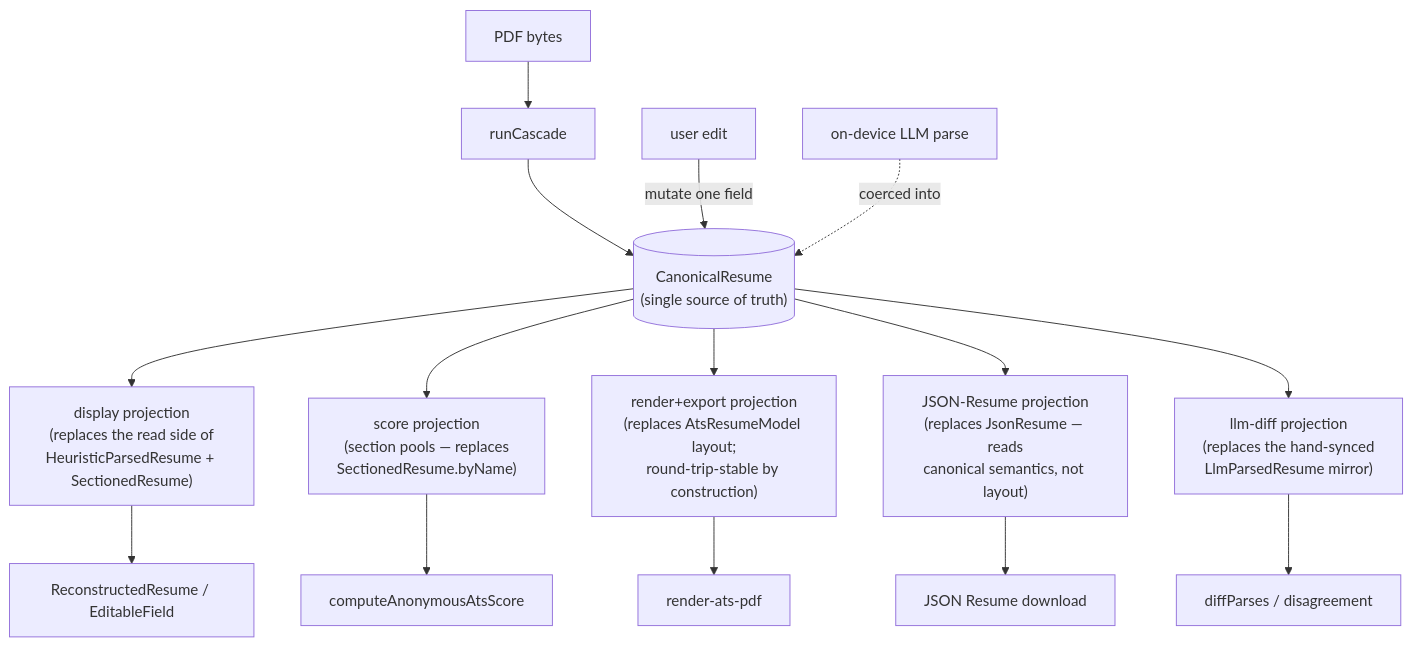
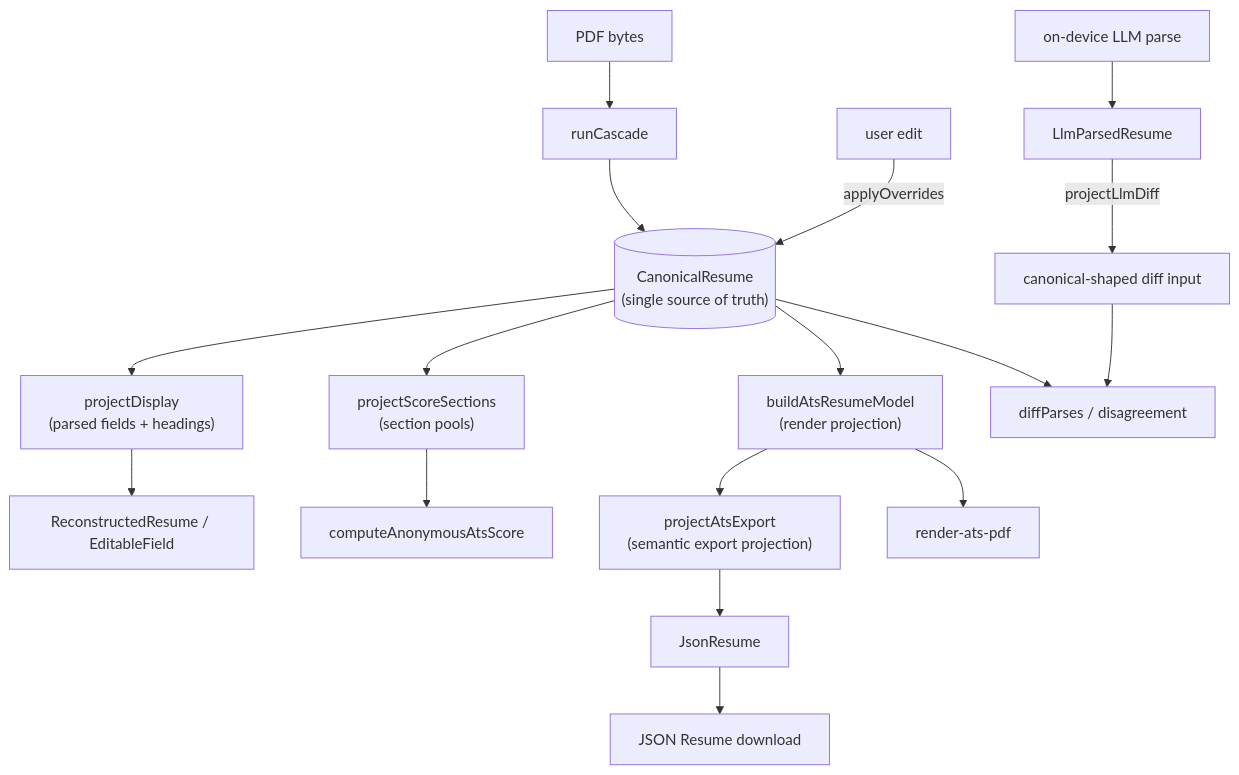
One commit to offlinecv/OfflineCV changed the diagram in docs/canonical-resume-model.md. Above: the diagram before and after it, drawn with Mermaid. The commit also changed other lines of this file and 76 other files, not shown here.

````diff
--- a/docs/canonical-resume-model.md
+++ b/docs/canonical-resume-model.md
@@ -66,19 +69,21 @@
 ```mermaid
 flowchart TD
     PDF[PDF bytes] --> CASC[runCascade]
     CASC --> CR[("CanonicalResume<br/>(single source of truth)")]
-    EDIT[user edit] -->|mutate one field| CR
-    LLM[on-device LLM parse] -.->|coerced into| CR
+    EDIT[user edit] -->|applyOverrides| CR
+    LLM[on-device LLM parse] --> LDTO[LlmParsedResume]
+    LDTO -->|projectLlmDiff| LCR[canonical-shaped diff input]
 
-    CR --> PD["display projection<br/>(replaces the read side of<br/>HeuristicParsedResume + SectionedResume)"]
-    CR --> PS["score projection<br/>(section pools — replaces<br/>SectionedResume.byName)"]
-    CR --> PR["render+export projection<br/>(replaces AtsResumeModel layout;<br/>round-trip-stable by construction)"]
-    CR --> PJ["JSON-Resume projection<br/>(replaces JsonResume — reads<br/>canonical semantics, not layout)"]
-    CR --> PL["llm-diff projection<br/>(replaces the hand-synced<br/>LlmParsedResume mirror)"]
+    CR --> PD["projectDisplay<br/>(parsed fields + headings)"]
+    CR --> PS["projectScoreSections<br/>(section pools)"]
+    CR --> PR["buildAtsResumeModel<br/>(render projection)"]
+    PR --> PE["projectAtsExport<br/>(semantic export projection)"]
+    PE --> PJ[JsonResume]
 
     PD --> UI[ReconstructedResume / EditableField]
     PS --> SCORE[computeAnonymousAtsScore]
     PR --> RENDER[render-ats-pdf]
     PJ --> JSONEXP[JSON Resume download]
-    PL --> DIS[diffParses / disagreement]
+    CR --> DIS[diffParses / disagreement]
+    LCR --> DIS
 ```
````
